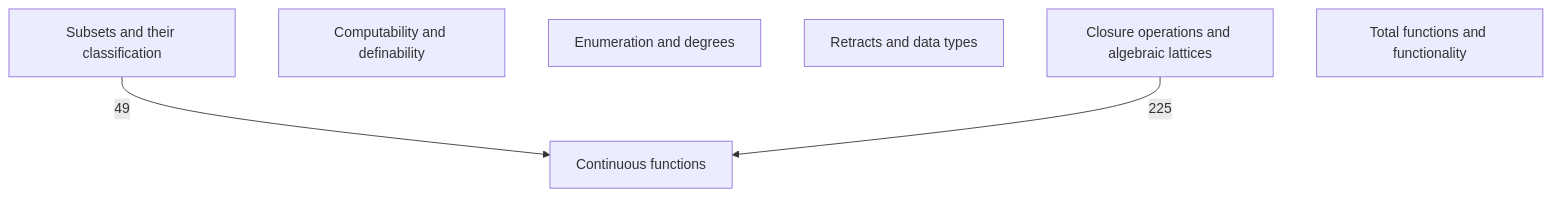
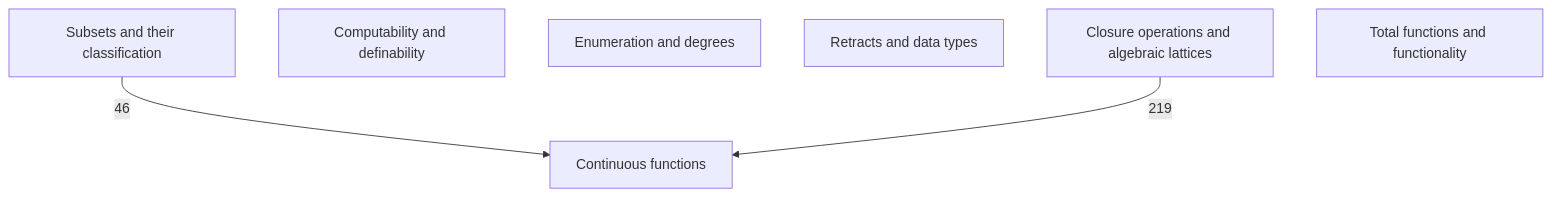
Before and after one commit to catskillsresearch/DomainTheory: the diagram in DomainTheory/DataTypesAsLattices/1976_DataTypes.mermaid, drawn with Mermaid. The commit also changed 31 other files, not shown here.

```diff
--- a/DomainTheory/DataTypesAsLattices/1976_DataTypes.mermaid
+++ b/DomainTheory/DataTypesAsLattices/1976_DataTypes.mermaid
@@ -1,24 +1,24 @@
 %% Data types as lattices.
 %% Each box is a section. Arrowhead on the importer.
 %% The number is a direct-import count.
 %% An arrow already implied by a longer path is omitted.
 flowchart TB
 
   CLO["Closure operations and algebraic lattices"]
   COMP["Computability and definability"]
   CONT["Continuous functions"]
   ENUM["Enumeration and degrees"]
   RET["Retracts and data types"]
   CLASS["Subsets and their classification"]
   FUN["Total functions and functionality"]
 
-  CLASS -->|"49"| CONT
-  CLO -->|"225"| CONT
+  CLASS -->|"46"| CONT
+  CLO -->|"219"| CONT
 
   classDef c1 fill:#dcfce7,stroke:#15803d,color:#14532d
   classDef c2 fill:#cffafe,stroke:#0e7490,color:#164e63
   classDef c3 fill:#ffedd5,stroke:#c2410c,color:#7c2d12
   classDef c4 fill:#ecfccb,stroke:#4d7c0f,color:#365314
   classDef c5 fill:#f3e8ff,stroke:#7e22ce,color:#581c87
   classDef c6 fill:#fde68a,stroke:#a16207,color:#713f12
   classDef c7 fill:#e2e8f0,stroke:#334155,color:#0f172a
```
